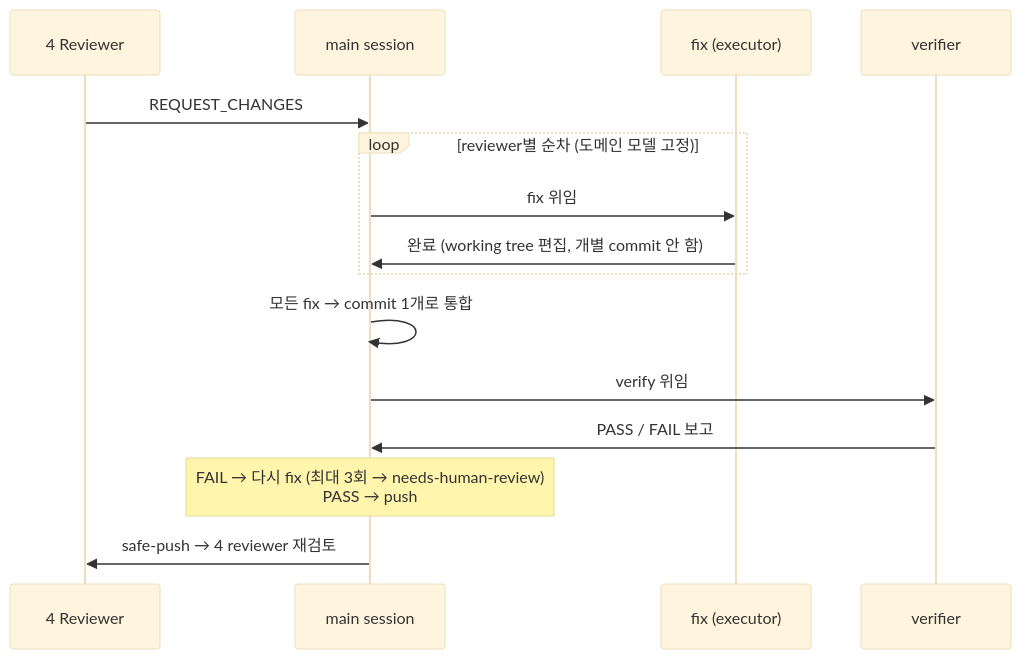
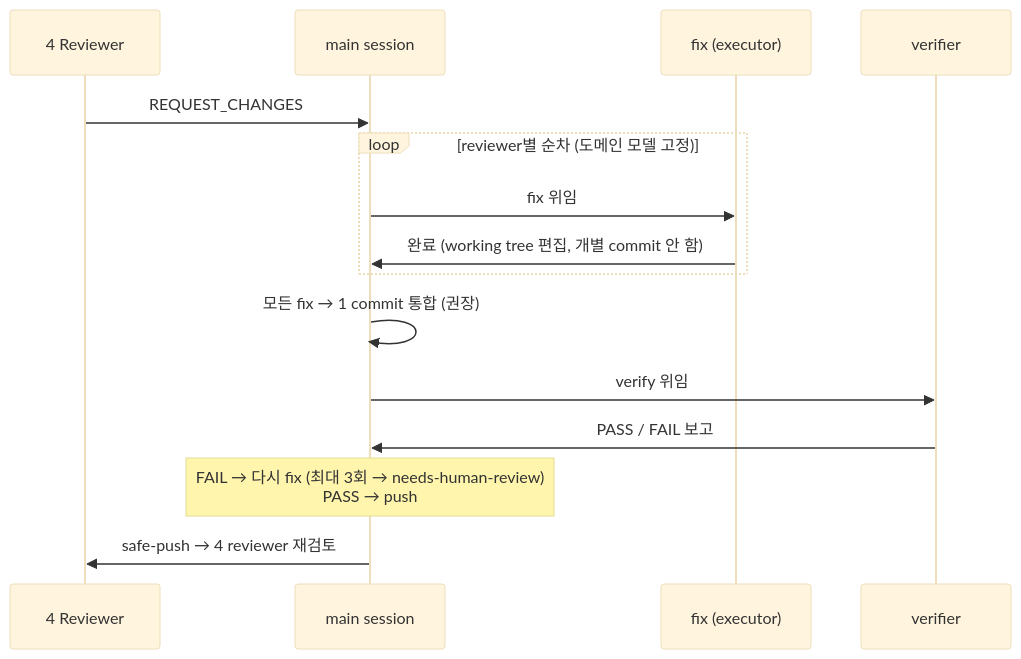
Before and after one commit to simsimhugh/macro-logbot: the second of 2 diagrams in docs/process/03-개발-프로세스.md, drawn with Mermaid (base theme). The commit also changed other lines of this file and 2 other files, not shown here.

First paragraph of the commit message:
docs(process): 'last review SHA 이후 commit 1개' 강제 규칙 제거 (#98) (#99)
## 배경

````diff
--- a/docs/process/03-개발-프로세스.md
+++ b/docs/process/03-개발-프로세스.md
@@ -147,17 +147,17 @@
 ```mermaid
 sequenceDiagram
     participant R as 4 Reviewer
     participant M as main session
     participant F as fix (executor)
     participant V as verifier
     R->>M: REQUEST_CHANGES
     loop reviewer별 순차 (도메인 모델 고정)
         M->>F: fix 위임
         F->>M: 완료 (working tree 편집, 개별 commit 안 함)
     end
-    M->>M: 모든 fix → commit 1개로 통합
+    M->>M: 모든 fix → 1 commit 통합 (권장)
     M->>V: verify 위임
     V->>M: PASS / FAIL 보고
     Note over M: FAIL → 다시 fix (최대 3회 → needs-human-review)<br/>PASS → push
     M->>R: safe-push → 4 reviewer 재검토
 ```
````
